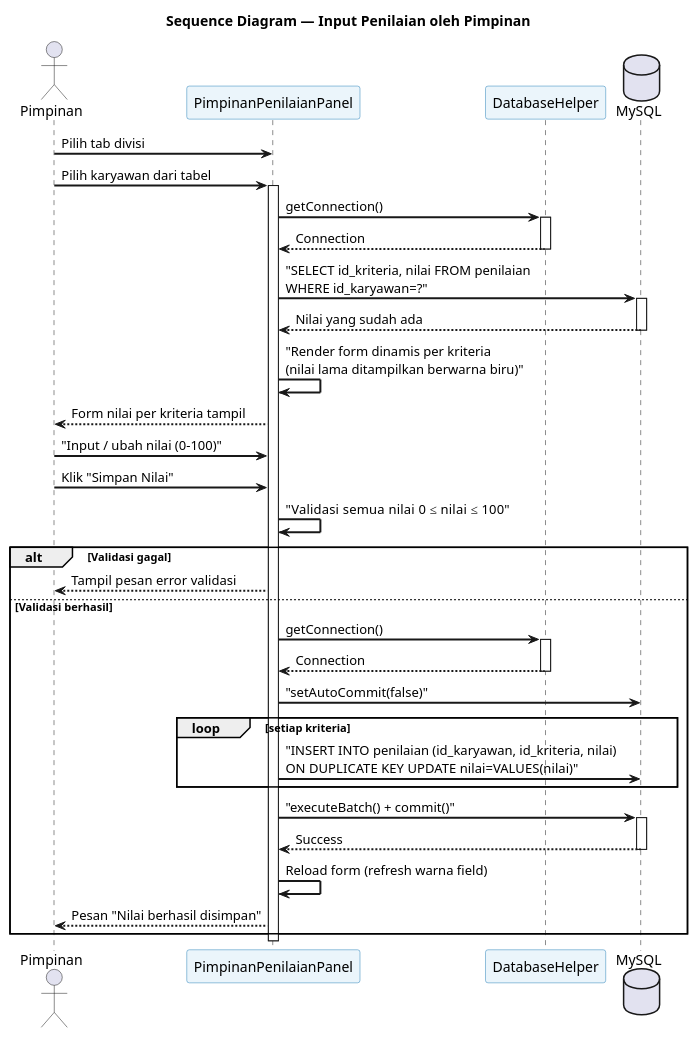
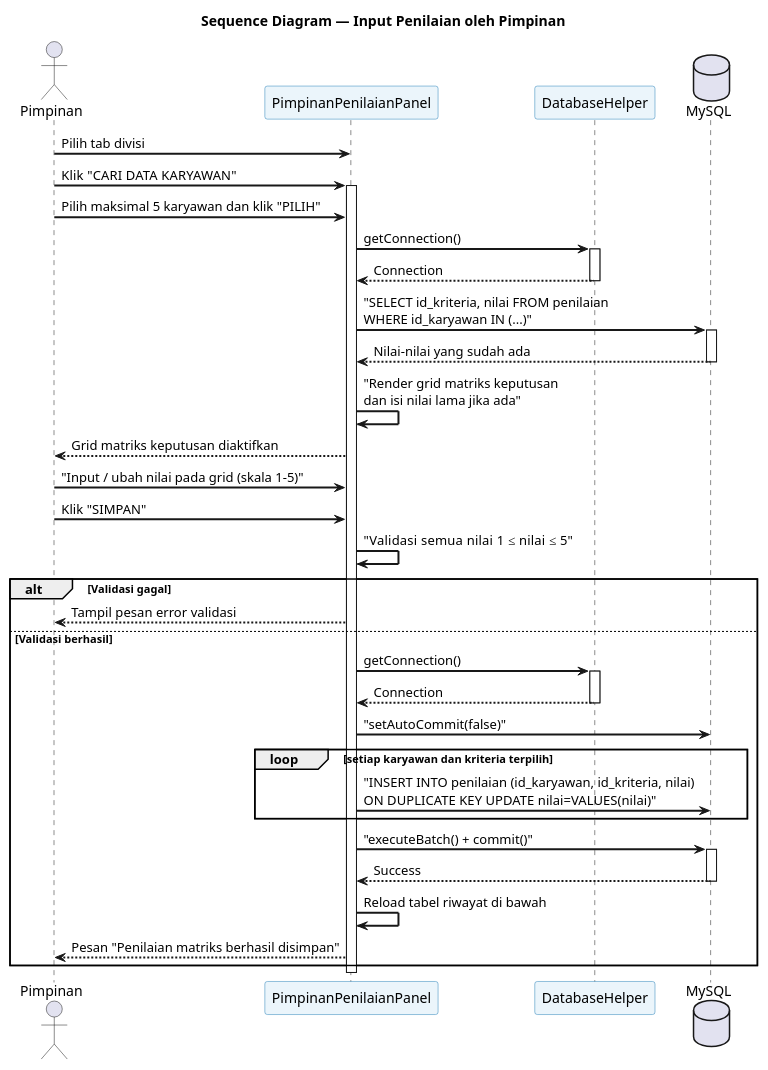
The eighth of 14 diagrams in BAB4_DIAGRAM.md (caidenrev/spk-bri-2.0), drawn with PlantUML before and after one commit. The commit also changed other lines of this file and 8 other files, not shown here.

````diff
--- a/BAB4_DIAGRAM.md
+++ b/BAB4_DIAGRAM.md
@@ -416,56 +406,57 @@
 ```plantuml
 @startuml SequencePenilaianPimpinan
 skinparam sequenceArrowThickness 2
 skinparam sequenceParticipantBackgroundColor #EBF5FB
 skinparam sequenceParticipantBorderColor #2980B9
 title Sequence Diagram — Input Penilaian oleh Pimpinan
 
 actor Pimpinan as user
 participant "PimpinanPenilaianPanel" as panel
 participant "DatabaseHelper" as db
 database "MySQL" as mysql
 
 user -> panel : Pilih tab divisi
-user -> panel : Pilih karyawan dari tabel
+user -> panel : Klik "CARI DATA KARYAWAN"
 activate panel
+user -> panel : Pilih maksimal 5 karyawan dan klik "PILIH"
 
 panel -> db : getConnection()
 activate db
 db --> panel : Connection
 deactivate db
 
-panel -> mysql : "SELECT id_kriteria, nilai FROM penilaian\nWHERE id_karyawan=?"
+panel -> mysql : "SELECT id_kriteria, nilai FROM penilaian\nWHERE id_karyawan IN (...)"
 activate mysql
-mysql --> panel : Nilai yang sudah ada
+mysql --> panel : Nilai-nilai yang sudah ada
 deactivate mysql
 
-panel -> panel : "Render form dinamis per kriteria\n(nilai lama ditampilkan berwarna biru)"
-panel --> user : Form nilai per kriteria tampil
+panel -> panel : "Render grid matriks keputusan\ndan isi nilai lama jika ada"
+panel --> user : Grid matriks keputusan diaktifkan
 
-user -> panel : "Input / ubah nilai (0-100)"
-user -> panel : Klik "Simpan Nilai"
+user -> panel : "Input / ubah nilai pada grid (skala 1-5)"
+user -> panel : Klik "SIMPAN"
 
-panel -> panel : "Validasi semua nilai 0 ≤ nilai ≤ 100"
+panel -> panel : "Validasi semua nilai 1 ≤ nilai ≤ 5"
 alt Validasi gagal
   panel --> user : Tampil pesan error validasi
 else Validasi berhasil
   panel -> db : getConnection()
   activate db
   db --> panel : Connection
   deactivate db
 
   panel -> mysql : "setAutoCommit(false)"
-  loop setiap kriteria
+  loop setiap karyawan dan kriteria terpilih
     panel -> mysql : "INSERT INTO penilaian (id_karyawan, id_kriteria, nilai)\nON DUPLICATE KEY UPDATE nilai=VALUES(nilai)"
   end
   panel -> mysql : "executeBatch() + commit()"
   activate mysql
   mysql --> panel : Success
   deactivate mysql
 
-  panel -> panel : Reload form (refresh warna field)
-  panel --> user : Pesan "Nilai berhasil disimpan"
+  panel -> panel : Reload tabel riwayat di bawah
+  panel --> user : Pesan "Penilaian matriks berhasil disimpan"
 end
 deactivate panel
 @enduml
 ```
````
